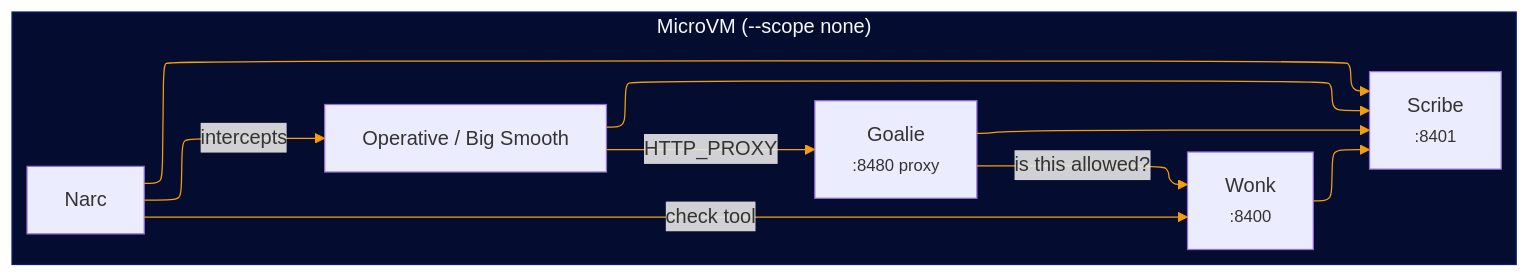
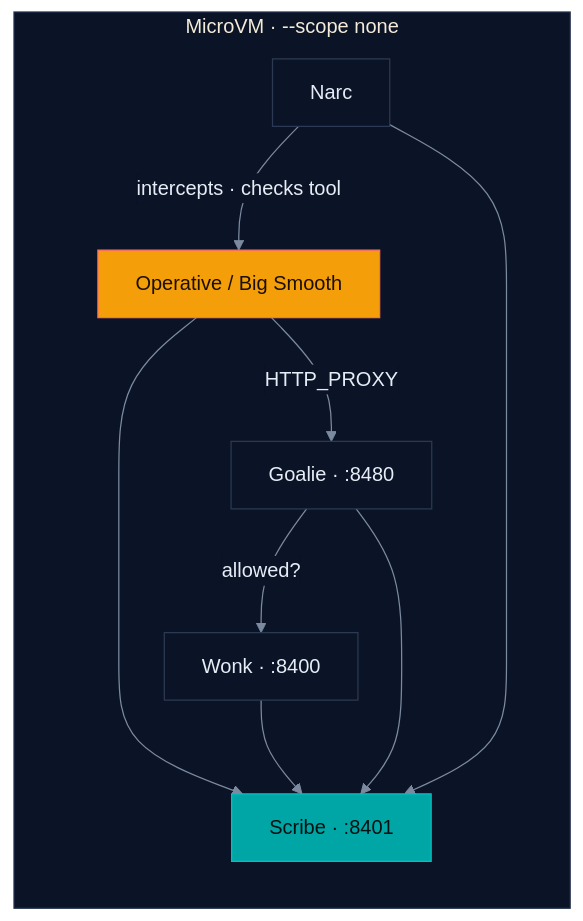
Before and after one commit to SmooAI/smooth: the third of 5 diagrams in README.md, drawn with Mermaid. The commit also changed other lines of this file and 2 other files, not shown here.

Commit message:
chore: glow up README + diagrams — hero banner, marketing callout

````diff
--- a/README.md
+++ b/README.md
@@ -284,22 +255,27 @@
 ```mermaid
-%%{init: {"flowchart": {"defaultRenderer": "elk"}, "themeVariables": {"lineColor": "#f49f0a"}}}%%
-graph LR
-    subgraph VM["MicroVM (--scope none)"]
+%%{init: {'theme':'base','themeVariables':{
+  'background':'#020618','primaryColor':'#0b1426','primaryTextColor':'#e6edf6','primaryBorderColor':'#2b3a52',
+  'lineColor':'#7c8aa0','secondaryColor':'#0b1426','tertiaryColor':'#0b1426','fontFamily':'ui-sans-serif, system-ui, sans-serif',
+  'clusterBkg':'#0b1426','clusterBorder':'#22304a'}}}%%
+flowchart LR
+    subgraph VM["MicroVM · --scope none"]
         Operator["Operative / Big Smooth"]
-        Wonk["Wonk<br/><small>:8400</small>"]
-        Goalie["Goalie<br/><small>:8480 proxy</small>"]
+        Wonk["Wonk · :8400"]
+        Goalie["Goalie · :8480"]
         Narc["Narc"]
-        Scribe["Scribe<br/><small>:8401</small>"]
+        Scribe["Scribe · :8401"]
     end
 
     Operator -->|HTTP_PROXY| Goalie
-    Goalie -->|"is this allowed?"| Wonk
-    Narc -->|intercepts| Operator
-    Narc -->|"check tool"| Wonk
+    Goalie -->|"allowed?"| Wonk
+    Narc -->|"intercepts · checks tool"| Operator
     Operator --> Scribe
     Wonk --> Scribe
     Goalie --> Scribe
     Narc --> Scribe
 
-    style VM fill:#040d30,stroke:#0a1f7a,color:#f8fafc
+    classDef warm fill:#f49f0a,stroke:#ff6b6c,color:#1a0f00;
+    classDef teal fill:#00a6a6,stroke:#00c2c2,color:#011;
+    class Operator warm
+    class Scribe teal
 ```
````
